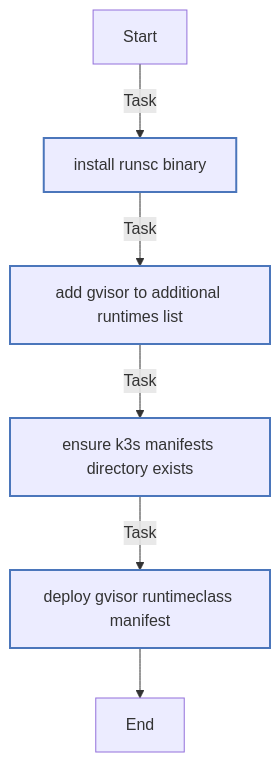
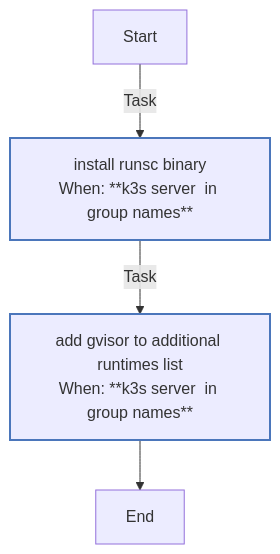
The first of 3 diagrams in roles/gvisor/README.md (rou-cru/k3s-homelab), drawn with Mermaid before and after one commit. The commit also changed other lines of this file and 21 other files, not shown here.

````diff
--- a/roles/gvisor/README.md
+++ b/roles/gvisor/README.md
@@ -62,18 +73,16 @@
 ```mermaid
 flowchart TD
 Start
 classDef block stroke:#3498db,stroke-width:2px;
 classDef task stroke:#4b76bb,stroke-width:2px;
 classDef includeTasks stroke:#16a085,stroke-width:2px;
 classDef importTasks stroke:#34495e,stroke-width:2px;
 classDef includeRole stroke:#2980b9,stroke-width:2px;
 classDef importRole stroke:#699ba7,stroke-width:2px;
 classDef includeVars stroke:#8e44ad,stroke-width:2px;
 classDef rescue stroke:#665352,stroke-width:2px;
 
-  Start-->|Task| Install_runsc_binary0[install runsc binary]:::task
-  Install_runsc_binary0-->|Task| Add_gVisor_to_additional_runtimes_list1[add gvisor to additional runtimes list]:::task
-  Add_gVisor_to_additional_runtimes_list1-->|Task| Ensure_K3s_manifests_directory_exists2[ensure k3s manifests directory exists]:::task
-  Ensure_K3s_manifests_directory_exists2-->|Task| Deploy_gVisor_RuntimeClass_manifest3[deploy gvisor runtimeclass manifest]:::task
-  Deploy_gVisor_RuntimeClass_manifest3-->End
+  Start-->|Task| Install_runsc_binary0[install runsc binary<br>When: **k3s server  in group names**]:::task
+  Install_runsc_binary0-->|Task| Add_gVisor_to_additional_runtimes_list1[add gvisor to additional runtimes list<br>When: **k3s server  in group names**]:::task
+  Add_gVisor_to_additional_runtimes_list1-->End
 ```
````
